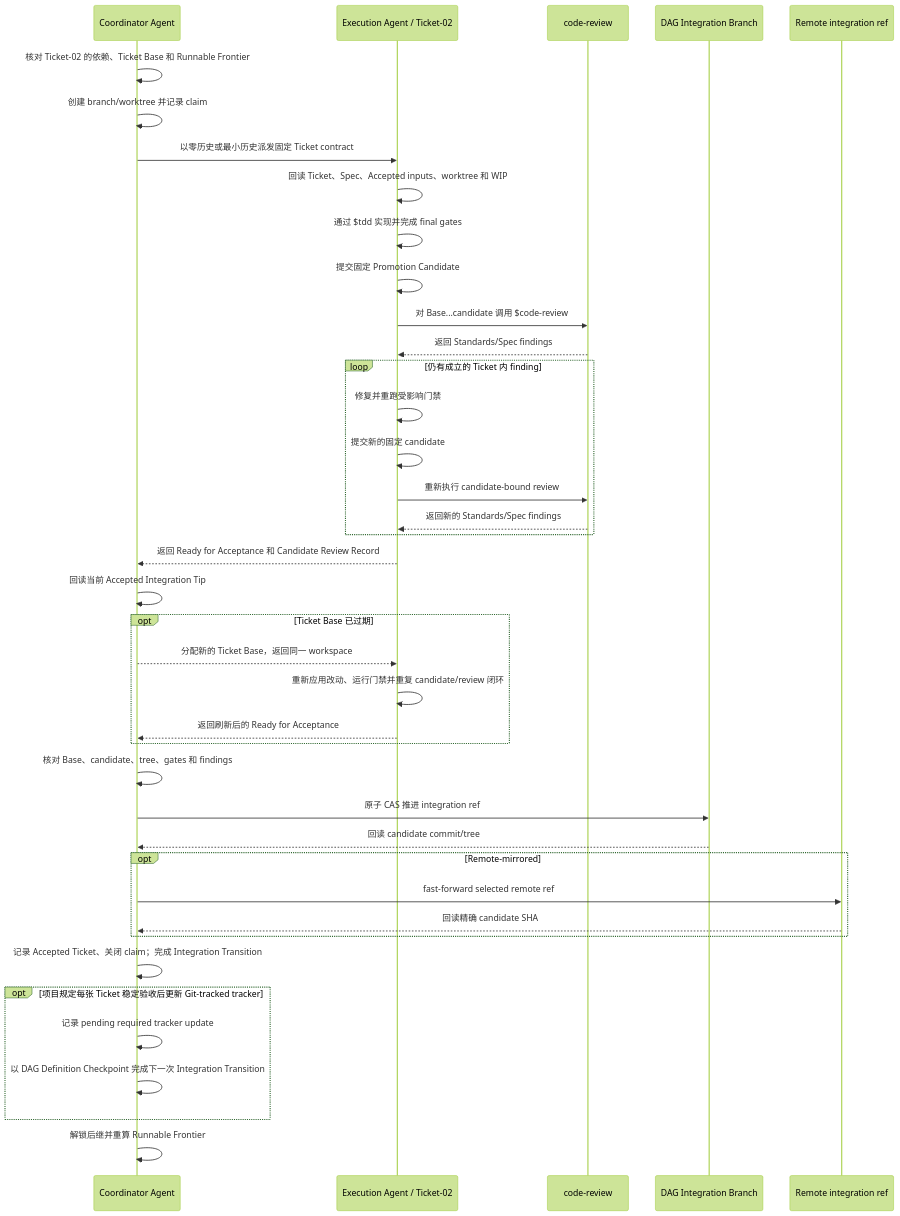
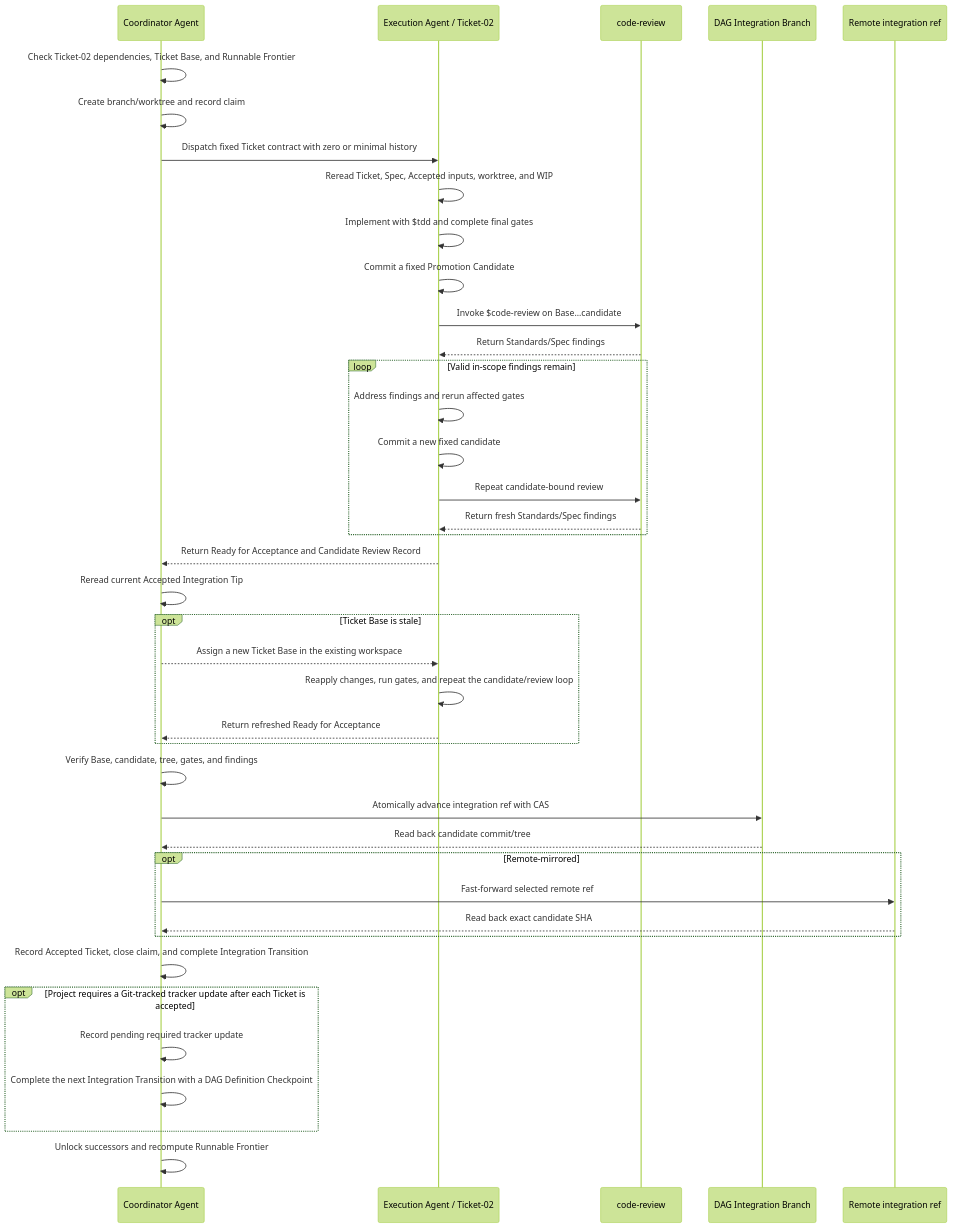
Before and after one commit to RedHeartSecretMan/dag-skill: the diagram in README.md, drawn with Mermaid (forest theme). The commit also changed other lines of this file and 5 other files, not shown here.

````diff
--- a/README.md
+++ b/README.md
@@ -55,52 +55,52 @@
 ```mermaid
 sequenceDiagram
     participant C as Coordinator Agent
     participant E as Execution Agent / Ticket-02
     participant R as code-review
     participant I as DAG Integration Branch
     participant M as Remote integration ref
 
-    C->>C: 核对 Ticket-02 的依赖、Ticket Base 和 Runnable Frontier
-    C->>C: 创建 branch/worktree 并记录 claim
-    C->>E: 以零历史或最小历史派发固定 Ticket contract
+    C->>C: Check Ticket-02 dependencies, Ticket Base, and Runnable Frontier
+    C->>C: Create branch/worktree and record claim
+    C->>E: Dispatch fixed Ticket contract with zero or minimal history
 
-    E->>E: 回读 Ticket、Spec、Accepted inputs、worktree 和 WIP
-    E->>E: 通过 $tdd 实现并完成 final gates
-    E->>E: 提交固定 Promotion Candidate
-    E->>R: 对 Base...candidate 调用 $code-review
-    R-->>E: 返回 Standards/Spec findings
+    E->>E: Reread Ticket, Spec, Accepted inputs, worktree, and WIP
+    E->>E: Implement with $tdd and complete final gates
+    E->>E: Commit a fixed Promotion Candidate
+    E->>R: Invoke $code-review on Base...candidate
+    R-->>E: Return Standards/Spec findings
 
-    loop 仍有成立的 Ticket 内 finding
-        E->>E: 修复并重跑受影响门禁
-        E->>E: 提交新的固定 candidate
-        E->>R: 重新执行 candidate-bound review
-        R-->>E: 返回新的 Standards/Spec findings
+    loop Valid in-scope findings remain
+        E->>E: Address findings and rerun affected gates
+        E->>E: Commit a new fixed candidate
+        E->>R: Repeat candidate-bound review
+        R-->>E: Return fresh Standards/Spec findings
     end
 
-    E-->>C: 返回 Ready for Acceptance 和 Candidate Review Record
-    C->>C: 回读当前 Accepted Integration Tip
+    E-->>C: Return Ready for Acceptance and Candidate Review Record
+    C->>C: Reread current Accepted Integration Tip
 
-    opt Ticket Base 已过期
-        C-->>E: 分配新的 Ticket Base，返回同一 workspace
-        E->>E: 重新应用改动、运行门禁并重复 candidate/review 闭环
-        E-->>C: 返回刷新后的 Ready for Acceptance
+    opt Ticket Base is stale
+        C-->>E: Assign a new Ticket Base in the existing workspace
+        E->>E: Reapply changes, run gates, and repeat the candidate/review loop
+        E-->>C: Return refreshed Ready for Acceptance
     end
 
-    C->>C: 核对 Base、candidate、tree、gates 和 findings
-    C->>I: 原子 CAS 推进 integration ref
-    I-->>C: 回读 candidate commit/tree
+    C->>C: Verify Base, candidate, tree, gates, and findings
+    C->>I: Atomically advance integration ref with CAS
+    I-->>C: Read back candidate commit/tree
 
     opt Remote-mirrored
-        C->>M: fast-forward selected remote ref
-        M-->>C: 回读精确 candidate SHA
+        C->>M: Fast-forward selected remote ref
+        M-->>C: Read back exact candidate SHA
     end
 
-    C->>C: 记录 Accepted Ticket、关闭 claim；完成 Integration Transition
+    C->>C: Record Accepted Ticket, close claim, and complete Integration Transition
 
-    opt 项目规定每张 Ticket 稳定验收后更新 Git-tracked tracker
-        C->>C: 记录 pending required tracker update
-        C->>C: 以 DAG Definition Checkpoint 完成下一次 Integration Transition
+    opt Project requires a Git-tracked tracker update after each Ticket is accepted
+        C->>C: Record pending required tracker update
+        C->>C: Complete the next Integration Transition with a DAG Definition Checkpoint
     end
 
-    C->>C: 解锁后继并重算 Runnable Frontier
+    C->>C: Unlock successors and recompute Runnable Frontier
 ```
````
